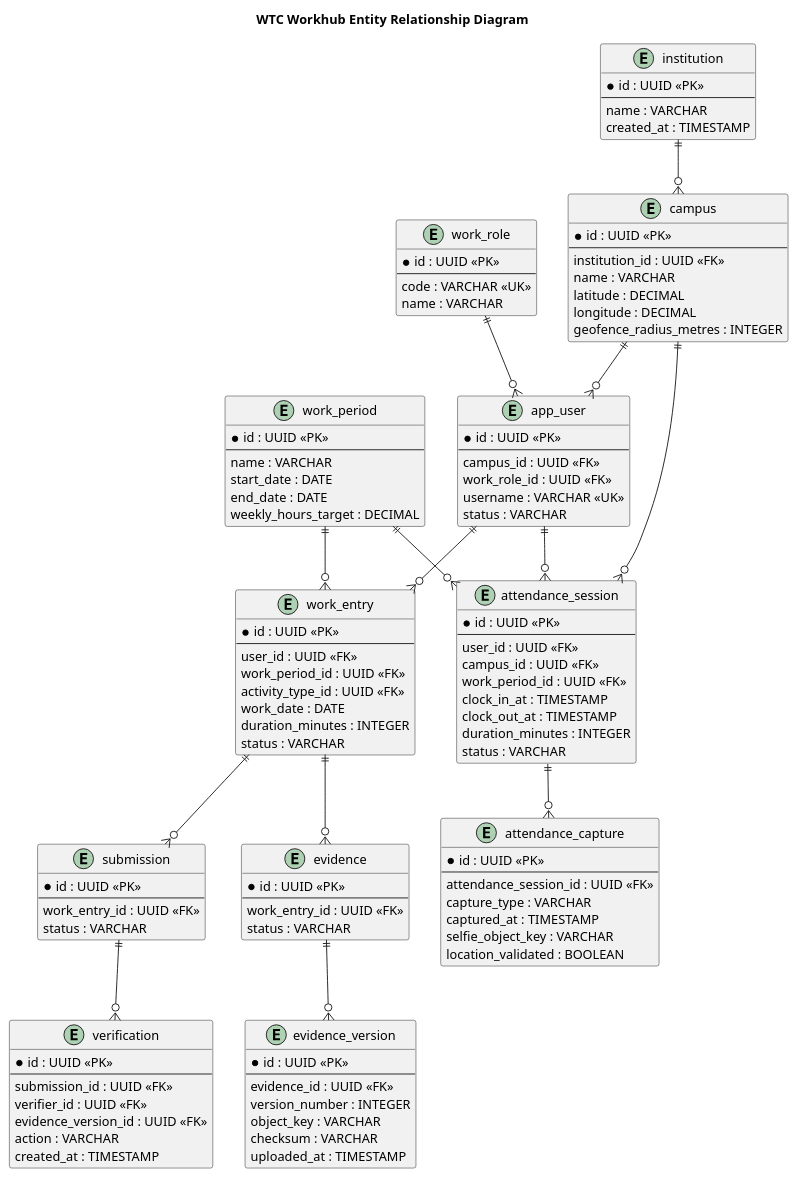
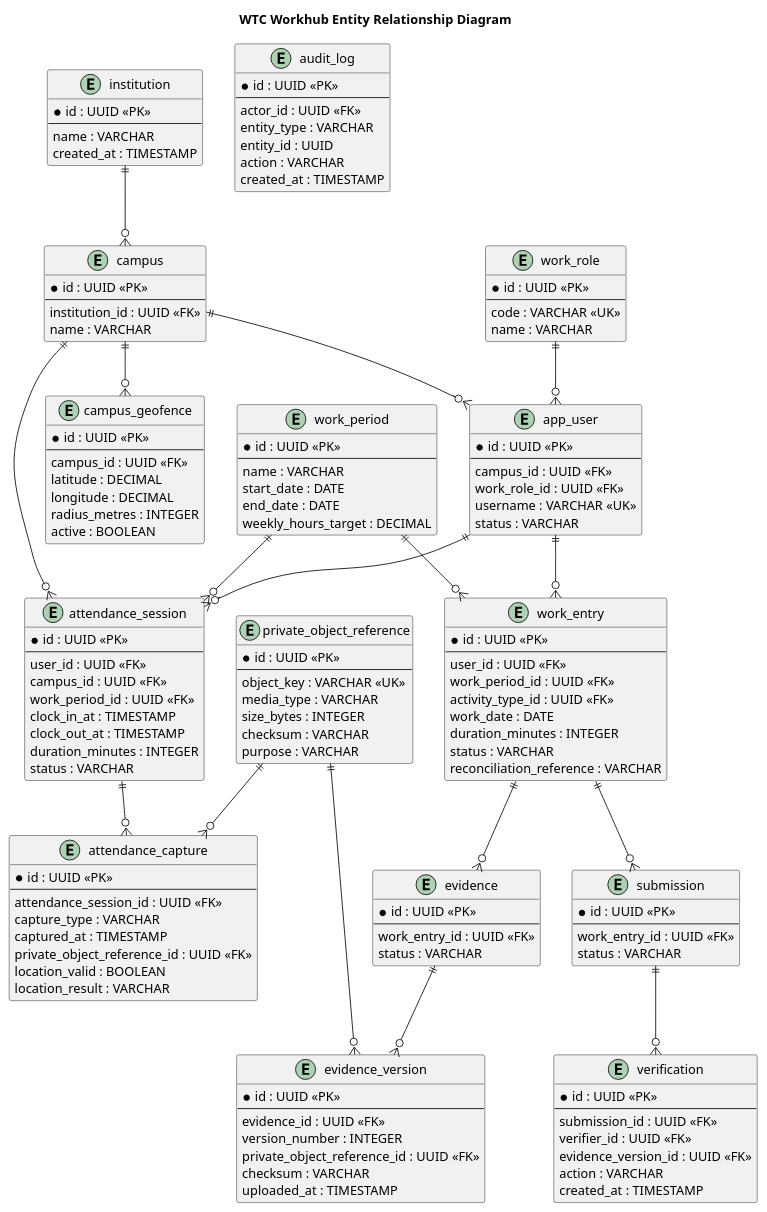
The diagram in docs/diagrams/erd.puml (Majivana/WTC_Workhub), drawn with PlantUML before and after one commit. The commit also changed 37 other files, not shown here.

Commit message:
Implement core attendance and evidence persistence model

```diff
--- a/docs/diagrams/erd.puml
+++ b/docs/diagrams/erd.puml
@@ -1,127 +1,159 @@
 @startuml
 title WTC Workhub Entity Relationship Diagram
 
 entity institution {
   * id : UUID <<PK>>
   --
   name : VARCHAR
   created_at : TIMESTAMP
 }
 
 entity campus {
   * id : UUID <<PK>>
   --
   institution_id : UUID <<FK>>
   name : VARCHAR
+}
+
+entity campus_geofence {
+  * id : UUID <<PK>>
+  --
+  campus_id : UUID <<FK>>
   latitude : DECIMAL
   longitude : DECIMAL
-  geofence_radius_metres : INTEGER
+  radius_metres : INTEGER
+  active : BOOLEAN
 }
 
 entity app_user {
   * id : UUID <<PK>>
   --
   campus_id : UUID <<FK>>
   work_role_id : UUID <<FK>>
   username : VARCHAR <<UK>>
   status : VARCHAR
 }
 
 entity work_role {
   * id : UUID <<PK>>
   --
   code : VARCHAR <<UK>>
   name : VARCHAR
 }
 
 entity work_period {
   * id : UUID <<PK>>
   --
   name : VARCHAR
   start_date : DATE
   end_date : DATE
   weekly_hours_target : DECIMAL
 }
 
 entity work_entry {
   * id : UUID <<PK>>
   --
   user_id : UUID <<FK>>
   work_period_id : UUID <<FK>>
   activity_type_id : UUID <<FK>>
   work_date : DATE
   duration_minutes : INTEGER
   status : VARCHAR
+  reconciliation_reference : VARCHAR
 }
 
 entity attendance_session {
   * id : UUID <<PK>>
   --
   user_id : UUID <<FK>>
   campus_id : UUID <<FK>>
   work_period_id : UUID <<FK>>
   clock_in_at : TIMESTAMP
   clock_out_at : TIMESTAMP
   duration_minutes : INTEGER
   status : VARCHAR
 }
 
 entity attendance_capture {
   * id : UUID <<PK>>
   --
   attendance_session_id : UUID <<FK>>
   capture_type : VARCHAR
   captured_at : TIMESTAMP
-  selfie_object_key : VARCHAR
-  location_validated : BOOLEAN
+  private_object_reference_id : UUID <<FK>>
+  location_valid : BOOLEAN
+  location_result : VARCHAR
 }
 
 entity evidence {
   * id : UUID <<PK>>
   --
   work_entry_id : UUID <<FK>>
   status : VARCHAR
 }
 
 entity evidence_version {
   * id : UUID <<PK>>
   --
   evidence_id : UUID <<FK>>
   version_number : INTEGER
-  object_key : VARCHAR
+  private_object_reference_id : UUID <<FK>>
   checksum : VARCHAR
   uploaded_at : TIMESTAMP
+}
+
+entity private_object_reference {
+  * id : UUID <<PK>>
+  --
+  object_key : VARCHAR <<UK>>
+  media_type : VARCHAR
+  size_bytes : INTEGER
+  checksum : VARCHAR
+  purpose : VARCHAR
+}
+
+entity audit_log {
+  * id : UUID <<PK>>
+  --
+  actor_id : UUID <<FK>>
+  entity_type : VARCHAR
+  entity_id : UUID
+  action : VARCHAR
+  created_at : TIMESTAMP
 }
 
 entity submission {
   * id : UUID <<PK>>
   --
   work_entry_id : UUID <<FK>>
   status : VARCHAR
 }
 
 entity verification {
   * id : UUID <<PK>>
   --
   submission_id : UUID <<FK>>
   verifier_id : UUID <<FK>>
   evidence_version_id : UUID <<FK>>
   action : VARCHAR
   created_at : TIMESTAMP
 }
 
 institution ||--o{ campus
+campus ||--o{ campus_geofence
 campus ||--o{ app_user
 work_role ||--o{ app_user
 app_user ||--o{ work_entry
 work_period ||--o{ work_entry
 work_period ||--o{ attendance_session
 app_user ||--o{ attendance_session
 campus ||--o{ attendance_session
 attendance_session ||--o{ attendance_capture
+private_object_reference ||--o{ attendance_capture
 work_entry ||--o{ evidence
 evidence ||--o{ evidence_version
+private_object_reference ||--o{ evidence_version
 work_entry ||--o{ submission
 submission ||--o{ verification
 
 @enduml
```
